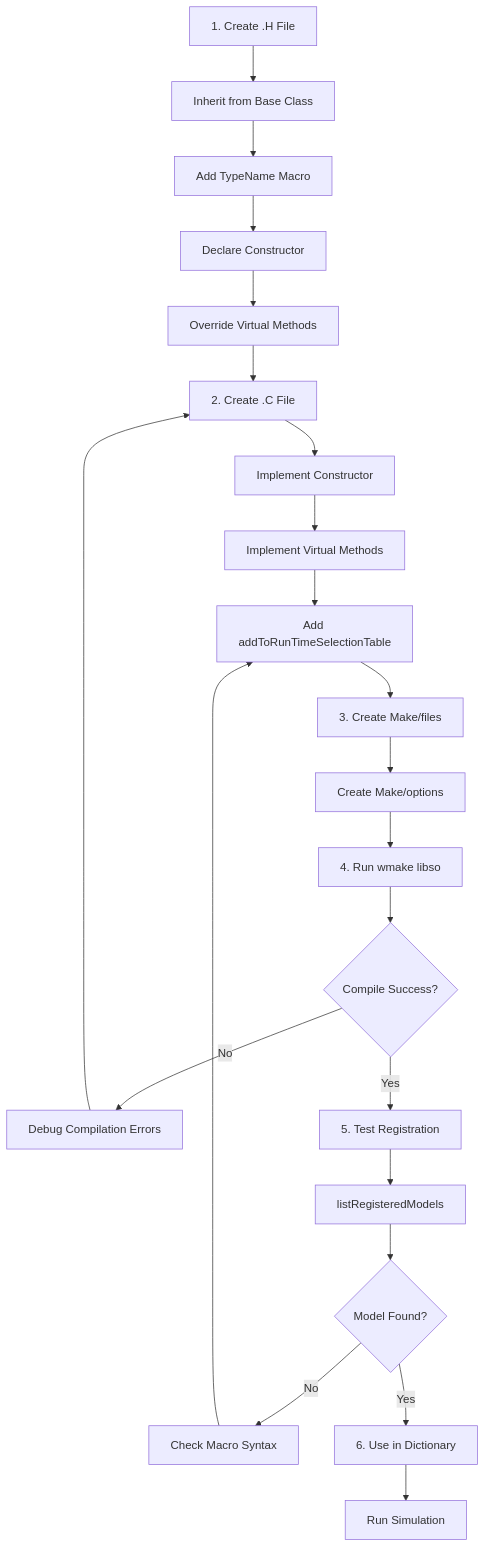
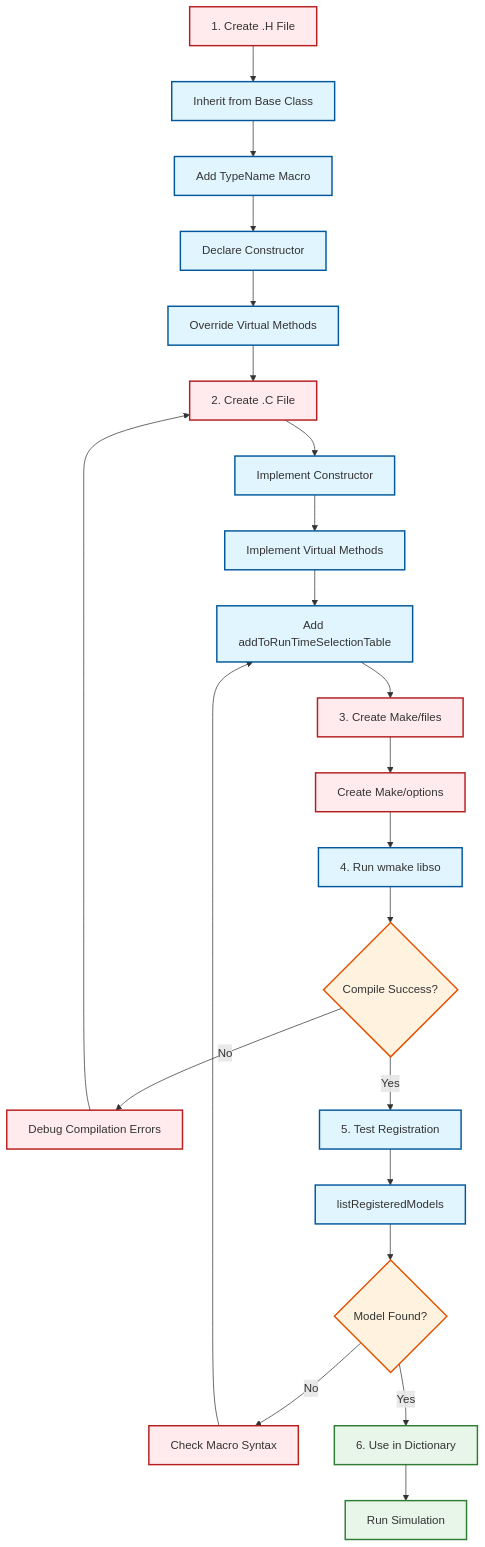
The diagram in MODULE_09_ADVANCED_TOPICS/CONTENT/02_INHERITANCE_POLYMORPHISM/08_Practical_Exercise.md (wramet/build-my-cfd), drawn with Mermaid before and after one commit. The commit also changed 313 other files, not shown here.

Commit message:
Revise all diagram

````diff
--- a/MODULE_09_ADVANCED_TOPICS/CONTENT/02_INHERITANCE_POLYMORPHISM/08_Practical_Exercise.md
+++ b/MODULE_09_ADVANCED_TOPICS/CONTENT/02_INHERITANCE_POLYMORPHISM/08_Practical_Exercise.md
@@ -972,30 +972,28 @@
 ```mermaid
 flowchart TD
-    A[1. Create .H File] --> B[Inherit from Base Class]
-    B --> C[Add TypeName Macro]
-    C --> D[Declare Constructor]
-    D --> E[Override Virtual Methods]
-
-    E --> F[2. Create .C File]
-    F --> G[Implement Constructor]
-    G --> H[Implement Virtual Methods]
-    H --> I[Add addToRunTimeSelectionTable]
-
-    I --> J[3. Create Make/files]
-    J --> K[Create Make/options]
-    K --> L[4. Run wmake libso]
-
-    L --> M{Compile Success?}
-    M -->|No| N[Debug Compilation Errors]
-    N --> F
-
-    M -->|Yes| O[5. Test Registration]
-    O --> P[listRegisteredModels]
-    P --> Q{Model Found?}
-
-    Q -->|No| R[Check Macro Syntax]
-    R --> I
-
-    Q -->|Yes| S[6. Use in Dictionary]
-    S --> T[Run Simulation]
+classDef implicit fill:#e1f5fe,stroke:#01579b,stroke-width:2px
+classDef explicit fill:#ffebee,stroke:#b71c1c,stroke-width:2px
+classDef success fill:#e8f5e9,stroke:#2e7d32,stroke-width:2px
+classDef warning fill:#fff3e0,stroke:#e65100,stroke-width:2px
+A[1. Create .H File]:::explicit --> B[Inherit from Base Class]:::implicit
+B --> C[Add TypeName Macro]:::implicit
+C --> D[Declare Constructor]:::implicit
+D --> E[Override Virtual Methods]:::implicit
+E --> F[2. Create .C File]:::explicit
+F --> G[Implement Constructor]:::implicit
+G --> H[Implement Virtual Methods]:::implicit
+H --> I[Add addToRunTimeSelectionTable]:::implicit
+I --> J[3. Create Make/files]:::explicit
+J --> K[Create Make/options]:::explicit
+K --> L[4. Run wmake libso]:::implicit
+L --> M{Compile Success?}:::warning
+M -->|No| N[Debug Compilation Errors]:::explicit
+N --> F
+M -->|Yes| O[5. Test Registration]:::implicit
+O --> P[listRegisteredModels]:::implicit
+P --> Q{Model Found?}:::warning
+Q -->|No| R[Check Macro Syntax]:::explicit
+R --> I
+Q -->|Yes| S[6. Use in Dictionary]:::success
+S --> T[Run Simulation]:::success
 ```
````
